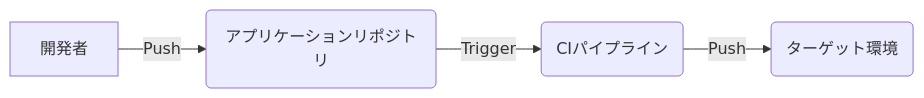
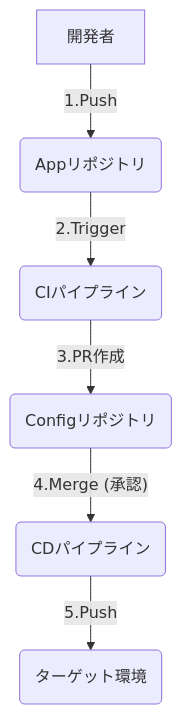
One commit to suwa-sh/zenn-contents changed the second of 5 diagrams in articles/gitops_without_kubernetes_20250920.md. Above: the diagram before and after it, drawn with Mermaid. The commit also changed other lines of this file, not shown here.

````diff
--- a/articles/gitops_without_kubernetes_20250920.md
+++ b/articles/gitops_without_kubernetes_20250920.md
@@ -81,6 +91,8 @@
 ```mermaid
-graph LR
-    A[開発者] -- Push --> B(アプリケーションリポジトリ)
-    B -- Trigger --> C(CIパイプライン)
-    C -- Push --> D(ターゲット環境)
+graph TD
+    A[開発者] -- 1.Push --> B(Appリポジトリ)
+    B -- 2.Trigger --> C(CIパイプライン)
+    C -- "3.PR作成" --> D(Configリポジトリ)
+    D -- "4.Merge (承認)" --> E(CDパイプライン)
+    E -- "5.Push" --> F(ターゲット環境)
 ```
````
